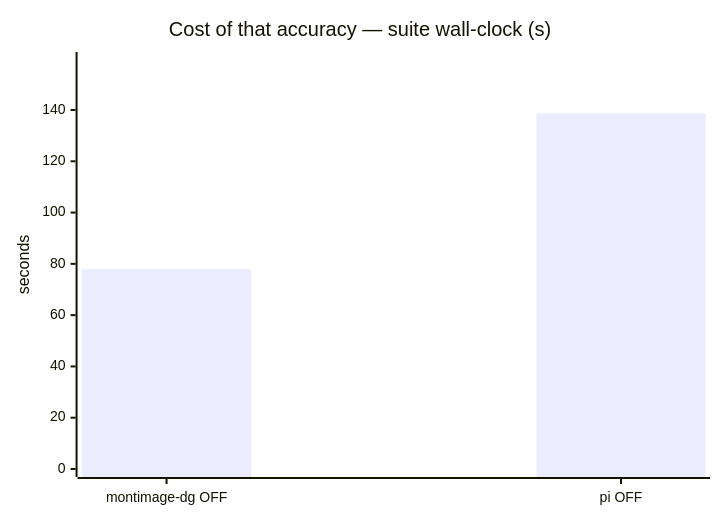
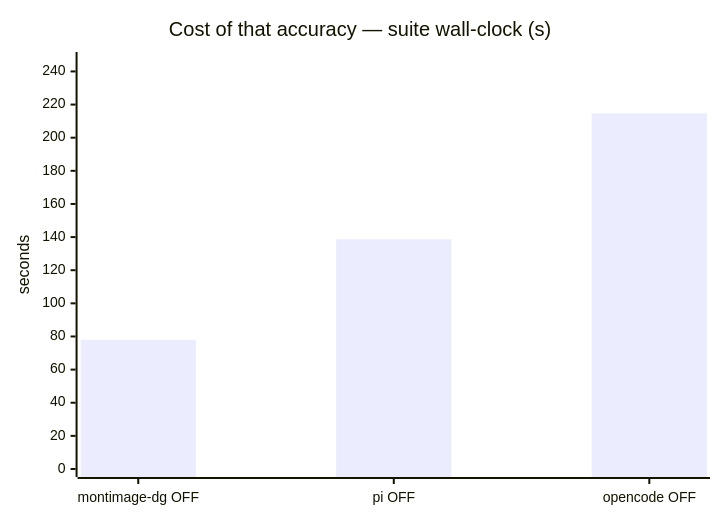
The second of 6 diagrams in results/2026-08-20-pi-harness/REPORT.md (luongnv89/dgx-spark-llm-lab), drawn with Mermaid before and after one commit. The commit also changed other lines of this file and 9 other files, not shown here.

````diff
--- a/results/2026-08-20-pi-harness/REPORT.md
+++ b/results/2026-08-20-pi-harness/REPORT.md
@@ -34,7 +35,7 @@
 ```mermaid
 xychart-beta
     title "Cost of that accuracy — suite wall-clock (s)"
-    x-axis ["montimage-dg OFF", "pi OFF"]
-    y-axis "seconds" 0 --> 159.5
-    bar [78.03, 138.7]
+    x-axis ["montimage-dg OFF", "pi OFF", "opencode OFF"]
+    y-axis "seconds" 0 --> 246.9
+    bar [78.03, 138.7, 214.7]
 ```
````
